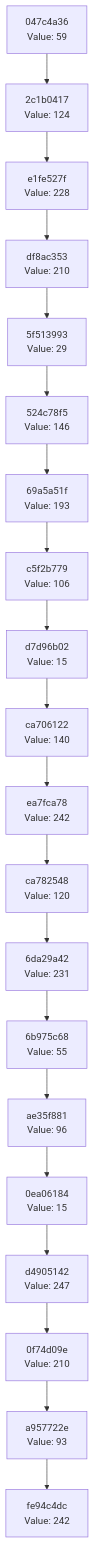
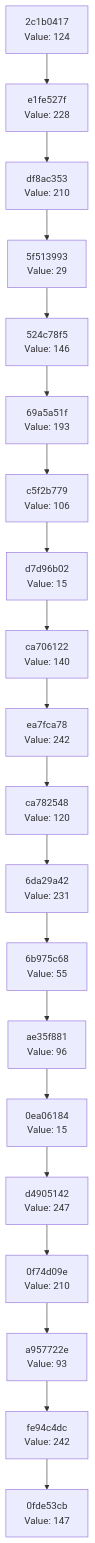
Before and after one commit to Abhisheksinha1506/hash-chain-evolver: the diagram in docs/CHAIN_VISUALIZATION.md, drawn with Mermaid. The commit also changed 3 other files, not shown here.

````diff
--- a/docs/CHAIN_VISUALIZATION.md
+++ b/docs/CHAIN_VISUALIZATION.md
@@ -3,42 +3,42 @@
 ```mermaid
 graph TD
-    C0["fe94c4dc<br/>Value: 242"]
-    C1["a957722e<br/>Value: 93"]
+    C0["0fde53cb<br/>Value: 147"]
+    C1["fe94c4dc<br/>Value: 242"]
     C1 --> C0
-    C2["0f74d09e<br/>Value: 210"]
+    C2["a957722e<br/>Value: 93"]
     C2 --> C1
-    C3["d4905142<br/>Value: 247"]
+    C3["0f74d09e<br/>Value: 210"]
     C3 --> C2
-    C4["0ea06184<br/>Value: 15"]
+    C4["d4905142<br/>Value: 247"]
     C4 --> C3
-    C5["ae35f881<br/>Value: 96"]
+    C5["0ea06184<br/>Value: 15"]
     C5 --> C4
-    C6["6b975c68<br/>Value: 55"]
+    C6["ae35f881<br/>Value: 96"]
     C6 --> C5
-    C7["6da29a42<br/>Value: 231"]
+    C7["6b975c68<br/>Value: 55"]
     C7 --> C6
-    C8["ca782548<br/>Value: 120"]
+    C8["6da29a42<br/>Value: 231"]
     C8 --> C7
-    C9["ea7fca78<br/>Value: 242"]
+    C9["ca782548<br/>Value: 120"]
     C9 --> C8
-    C10["ca706122<br/>Value: 140"]
+    C10["ea7fca78<br/>Value: 242"]
     C10 --> C9
-    C11["d7d96b02<br/>Value: 15"]
+    C11["ca706122<br/>Value: 140"]
     C11 --> C10
-    C12["c5f2b779<br/>Value: 106"]
+    C12["d7d96b02<br/>Value: 15"]
     C12 --> C11
-    C13["69a5a51f<br/>Value: 193"]
+    C13["c5f2b779<br/>Value: 106"]
     C13 --> C12
-    C14["524c78f5<br/>Value: 146"]
+    C14["69a5a51f<br/>Value: 193"]
     C14 --> C13
-    C15["5f513993<br/>Value: 29"]
+    C15["524c78f5<br/>Value: 146"]
     C15 --> C14
-    C16["df8ac353<br/>Value: 210"]
+    C16["5f513993<br/>Value: 29"]
     C16 --> C15
-    C17["e1fe527f<br/>Value: 228"]
+    C17["df8ac353<br/>Value: 210"]
     C17 --> C16
-    C18["2c1b0417<br/>Value: 124"]
+    C18["e1fe527f<br/>Value: 228"]
     C18 --> C17
-    C19["047c4a36<br/>Value: 59"]
+    C19["2c1b0417<br/>Value: 124"]
     C19 --> C18
 ```
````
